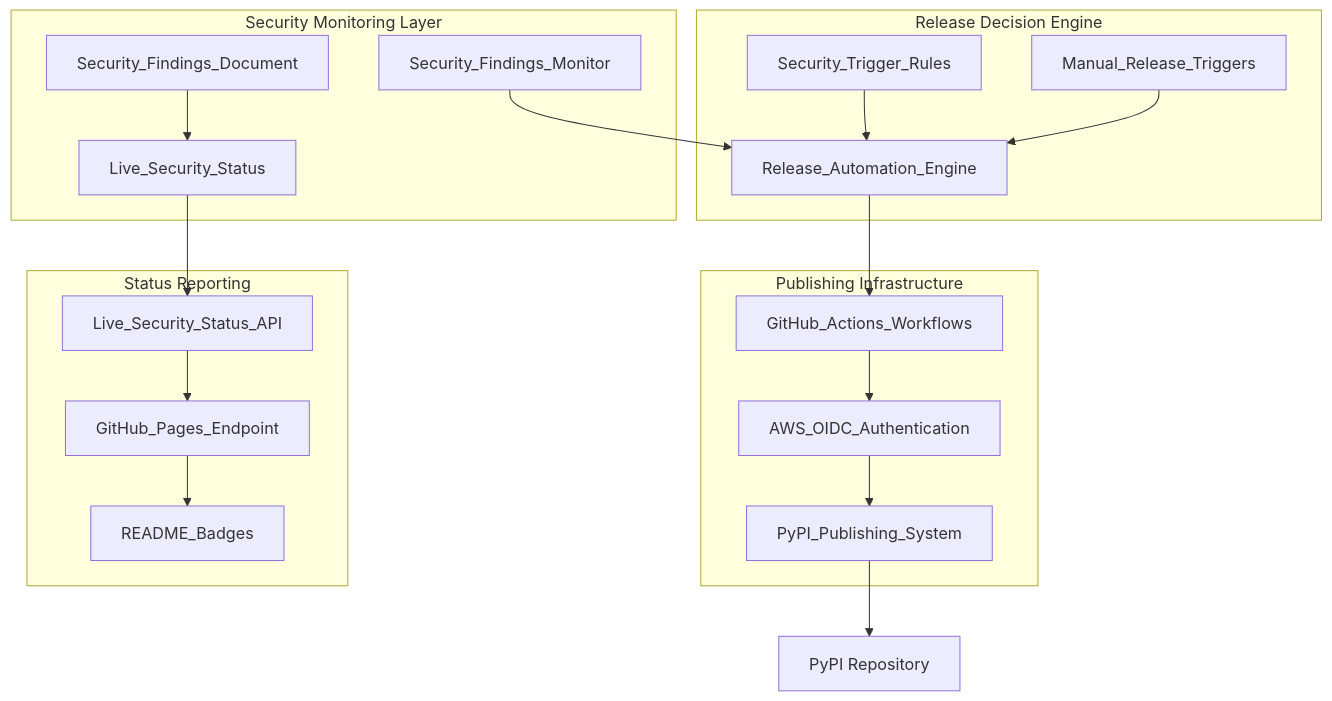
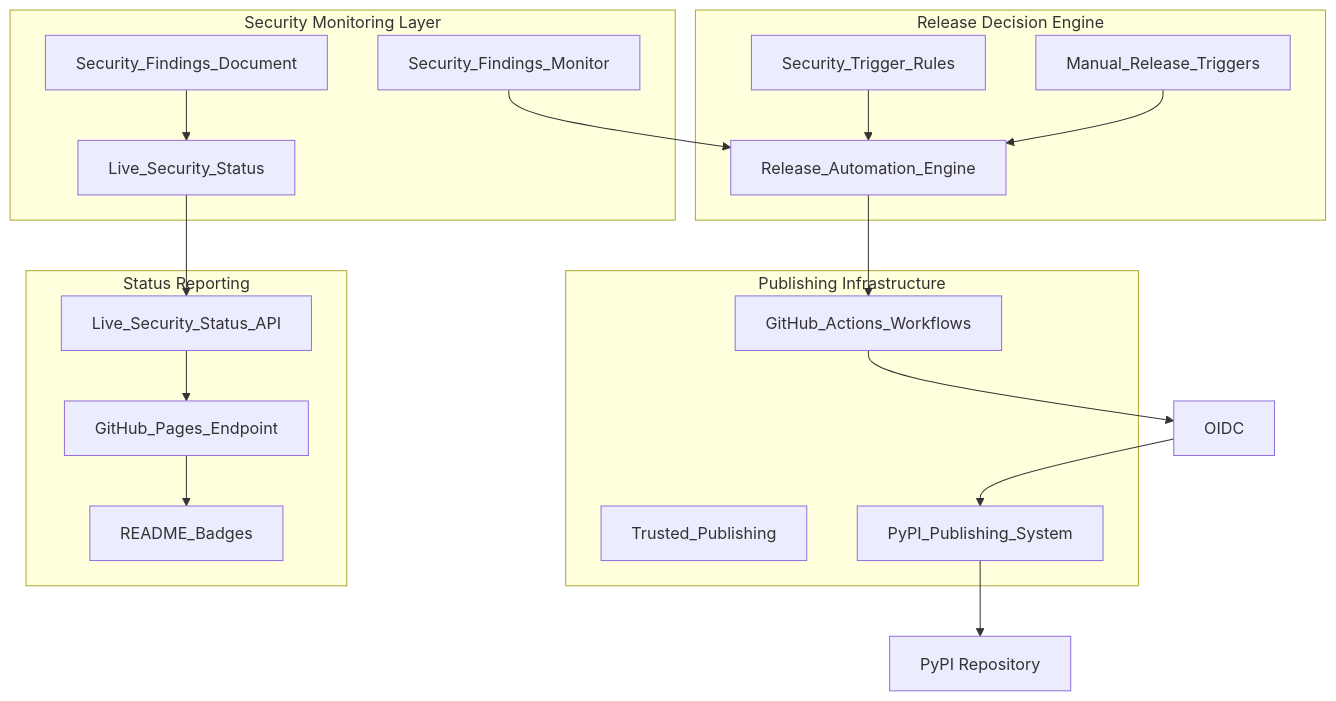
One commit to stabbotco1/mypylogger changed the diagram in .kiro/specs/phase-7-pypi-publishing/design.md. Above: the diagram before and after it, drawn with Mermaid. The commit also changed other lines of this file and 21 other files, not shown here.

````diff
--- a/.kiro/specs/phase-7-pypi-publishing/design.md
+++ b/.kiro/specs/phase-7-pypi-publishing/design.md
@@ -11,38 +11,38 @@
 ```mermaid
 graph TB
     subgraph "Security Monitoring Layer"
         SM[Security_Findings_Monitor]
         SS[Live_Security_Status]
         SF[Security_Findings_Document]
     end
     
     subgraph "Release Decision Engine"
         RDE[Release_Automation_Engine]
         STR[Security_Trigger_Rules]
         MRT[Manual_Release_Triggers]
     end
     
     subgraph "Publishing Infrastructure"
         GHA[GitHub_Actions_Workflows]
-        OIDC[AWS_OIDC_Authentication]
+        TP[Trusted_Publishing]
         PPS[PyPI_Publishing_System]
     end
     
     subgraph "Status Reporting"
         LSS[Live_Security_Status_API]
         GHP[GitHub_Pages_Endpoint]
         RB[README_Badges]
     end
     
     SM --> RDE
     SF --> SS
     SS --> LSS
     LSS --> GHP
     GHP --> RB
     RDE --> GHA
     STR --> RDE
     MRT --> RDE
     GHA --> OIDC
     OIDC --> PPS
     PPS --> PyPI[PyPI Repository]
 ```
````
